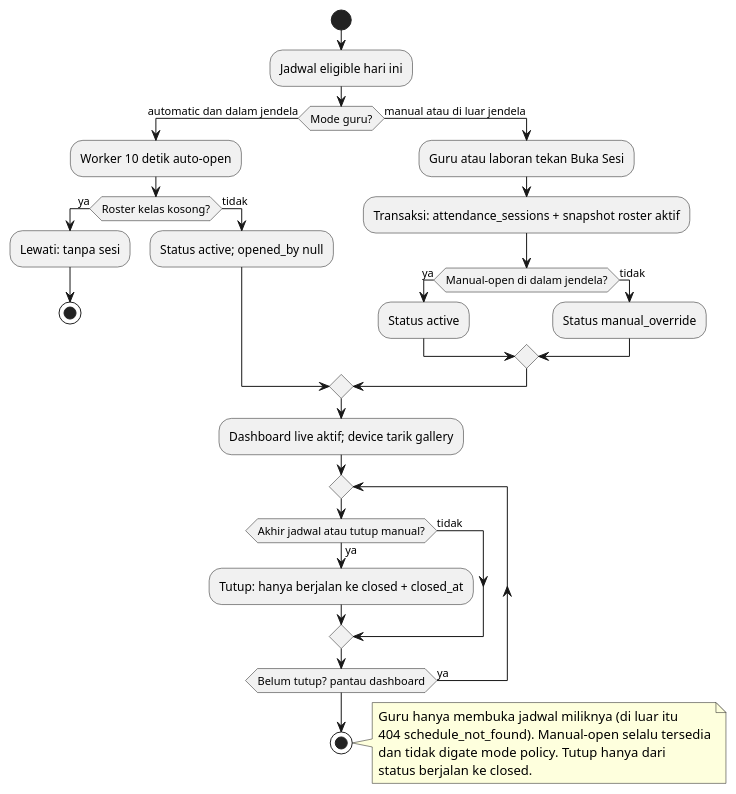
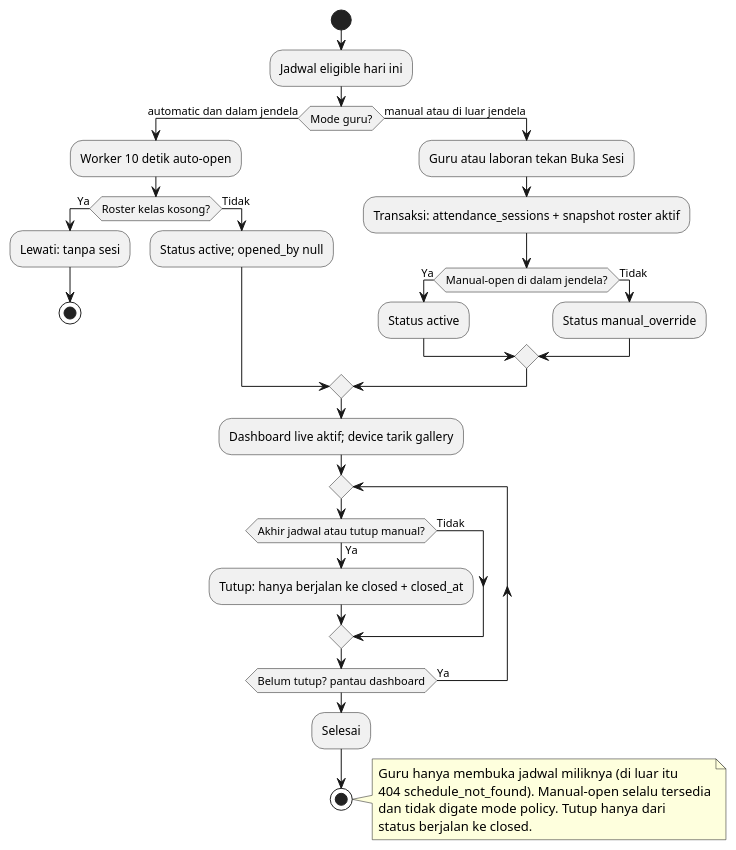
The diagram in docs/diagrams/plantuml/act-f05-session.puml (mygads/Face-Recognition-Capstone), drawn with PlantUML before and after one commit. The commit also changed 58 other files, not shown here.

First line of the commit message:
Refactor activity diagrams and update flow descriptions

```diff
--- a/docs/diagrams/plantuml/act-f05-session.puml
+++ b/docs/diagrams/plantuml/act-f05-session.puml
@@ -1,37 +1,38 @@
 @startuml
 ' Activity F-05 Buka dan tutup sesi — docs/proposal/05-activity.md §5.5
 start
 :Jadwal eligible hari ini;
 if (Mode guru?) then (automatic dan dalam jendela)
   :Worker 10 detik auto-open;
-  if (Roster kelas kosong?) then (ya)
+  if (Roster kelas kosong?) then (Ya)
     :Lewati: tanpa sesi;
     stop
-  else (tidak)
+  else (Tidak)
     :Status active; opened_by null;
   endif
 else (manual atau di luar jendela)
   :Guru atau laboran tekan Buka Sesi;
   :Transaksi: attendance_sessions + snapshot roster aktif;
-  if (Manual-open di dalam jendela?) then (ya)
+  if (Manual-open di dalam jendela?) then (Ya)
     :Status active;
-  else (tidak)
+  else (Tidak)
     :Status manual_override;
   endif
 endif
 :Dashboard live aktif; device tarik gallery;
 repeat
-  if (Akhir jadwal atau tutup manual?) then (ya)
+  if (Akhir jadwal atau tutup manual?) then (Ya)
     :Tutup: hanya berjalan ke closed + closed_at;
-  else (tidak)
+  else (Tidak)
   endif
-repeat while (Belum tutup? pantau dashboard) is (ya)
+repeat while (Belum tutup? pantau dashboard) is (Ya)
+:Selesai;
 stop
 
 note right
   Guru hanya membuka jadwal miliknya (di luar itu
   404 schedule_not_found). Manual-open selalu tersedia
   dan tidak digate mode policy. Tutup hanya dari
   status berjalan ke closed.
 end note
 @enduml
```
